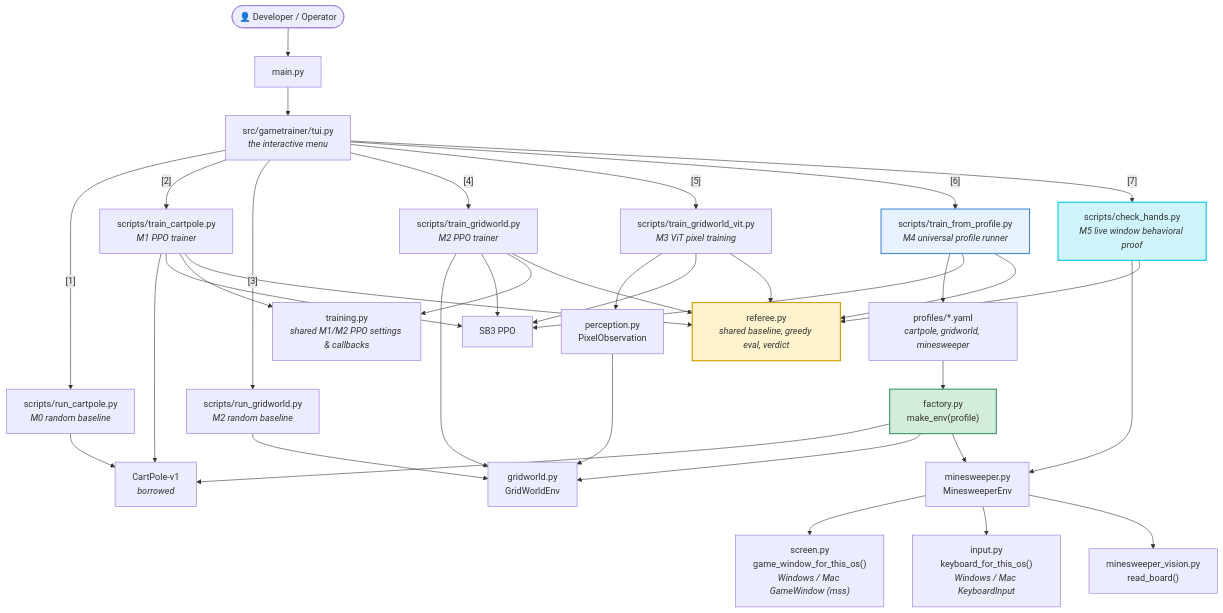
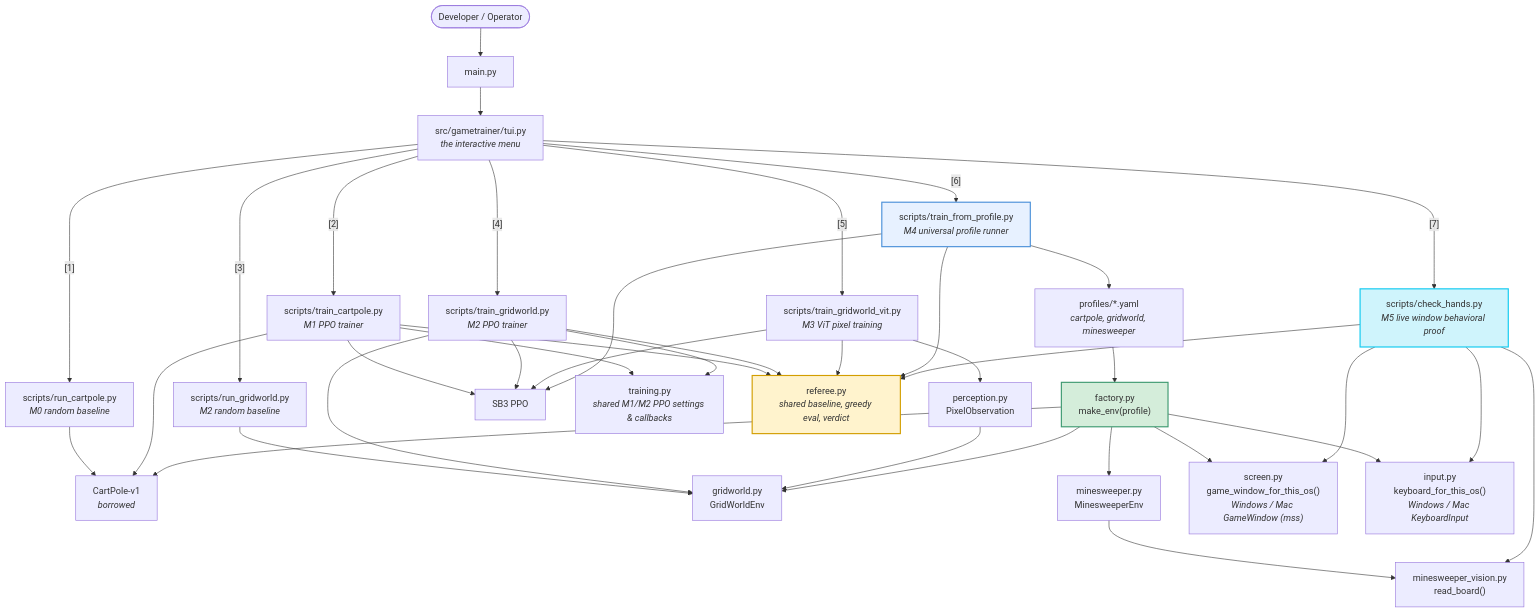
Before and after one commit to Showerss/GameTrainer: the fifth of 14 diagrams in docs/UML_FULL.md, drawn with Mermaid. The commit also changed other lines of this file and 36 other files, not shown here.

First line of the commit message:
R1 docs rewrite, UML truth pass, MIT license

````diff
--- a/docs/UML_FULL.md
+++ b/docs/UML_FULL.md
@@ -200,49 +200,54 @@
 ```mermaid
 flowchart TB
-    USER(["👤 Developer / Operator"])
+    USER(["Developer / Operator"])
     USER --> MAIN["main.py"]
     MAIN --> TUI["src/gametrainer/tui.py<br/><i>the interactive menu</i>"]
 
     TUI -->|"[1]"| S1["scripts/run_cartpole.py<br/><i>M0 random baseline</i>"]
     TUI -->|"[2]"| S2["scripts/train_cartpole.py<br/><i>M1 PPO trainer</i>"]
     TUI -->|"[3]"| S3["scripts/run_gridworld.py<br/><i>M2 random baseline</i>"]
     TUI -->|"[4]"| S4["scripts/train_gridworld.py<br/><i>M2 PPO trainer</i>"]
     TUI -->|"[5]"| S5["scripts/train_gridworld_vit.py<br/><i>M3 ViT pixel training</i>"]
     TUI -->|"[6]"| S6["scripts/train_from_profile.py<br/><i>M4 universal profile runner</i>"]
     TUI -->|"[7]"| S7["scripts/check_hands.py<br/><i>M5 live window behavioral proof</i>"]
 
     S1 --> CP["CartPole-v1<br/><i>borrowed</i>"]
     S2 --> CP
     S3 --> GW["gridworld.py<br/>GridWorldEnv"]
     S4 --> GW
     S5 --> GWP["perception.py<br/>PixelObservation"] --> GW
     
     S6 --> PROF["profiles/*.yaml<br/><i>cartpole, gridworld, minesweeper</i>"]
     PROF --> FACT["factory.py<br/>make_env(profile)"]
     FACT --> CP
     FACT --> GW
     FACT --> MS["minesweeper.py<br/>MinesweeperEnv"]
 
-    S7 --> MS
-    MS --> GWIN["screen.py<br/>game_window_for_this_os()<br/><i>Windows / Mac GameWindow (mss)</i>"]
-    MS --> KBD["input.py<br/>keyboard_for_this_os()<br/><i>Windows / Mac KeyboardInput</i>"]
+    FACT --> GWIN["screen.py<br/>game_window_for_this_os()<br/><i>Windows / Mac GameWindow (mss)</i>"]
+    FACT --> KBD["input.py<br/>keyboard_for_this_os()<br/><i>Windows / Mac KeyboardInput</i>"]
     MS --> VIS["minesweeper_vision.py<br/>read_board()"]
+
+    %% check_hands.py never builds a MinesweeperEnv: it drives the window,
+    %% the hands and the board reader directly (check_hands.py imports).
+    S7 --> GWIN
+    S7 --> KBD
+    S7 --> VIS
 
     S2 --> PPO["SB3 PPO"]
     S4 --> PPO
     S5 --> PPO
     S6 --> PPO
 
     S2 --> TRAIN["training.py<br/><i>shared M1/M2 PPO settings & callbacks</i>"]
     S4 --> TRAIN
     S2 --> REF["referee.py<br/><i>shared baseline, greedy eval, verdict</i>"]
     S4 --> REF
     S5 --> REF
     S6 --> REF
     S7 --> REF
 
     style S6 fill:#e7f1ff,stroke:#4a90d9,stroke-width:2px
     style S7 fill:#cff4fc,stroke:#0dcaf0,stroke-width:2px
     style FACT fill:#d4edda,stroke:#3d9970,stroke-width:2px
     style REF fill:#fff3cd,stroke:#d39e00,stroke-width:2px
 ```
````
